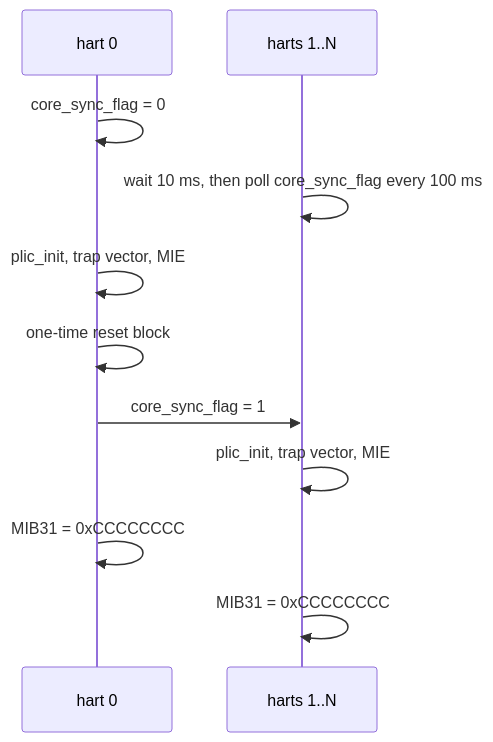
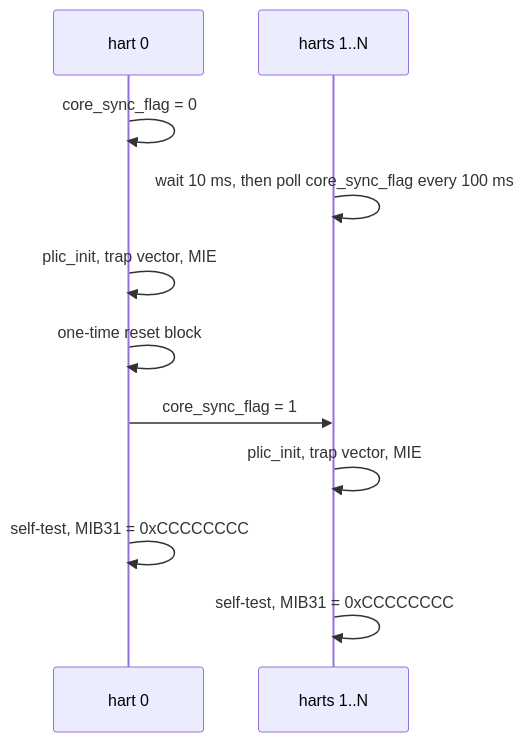
One commit to ClankerConstruction/ClankerNPU changed the second of 2 diagrams in docs/boot.md. Above: the diagram before and after it, drawn with Mermaid. The commit also changed other lines of this file and 2 other files, not shown here.

````diff
--- a/docs/boot.md
+++ b/docs/boot.md
@@ -32,13 +32,13 @@
 ```mermaid
 sequenceDiagram
   participant H0 as hart 0
   participant Hn as harts 1..N
   H0->>H0: core_sync_flag = 0
   Hn->>Hn: wait 10 ms, then poll core_sync_flag every 100 ms
   H0->>H0: plic_init, trap vector, MIE
   H0->>H0: one-time reset block
   H0->>Hn: core_sync_flag = 1
   Hn->>Hn: plic_init, trap vector, MIE
-  H0->>H0: MIB31 = 0xCCCCCCCC
-  Hn->>Hn: MIB31 = 0xCCCCCCCC
+  H0->>H0: self-test, MIB31 = 0xCCCCCCCC
+  Hn->>Hn: self-test, MIB31 = 0xCCCCCCCC
 ```
````
